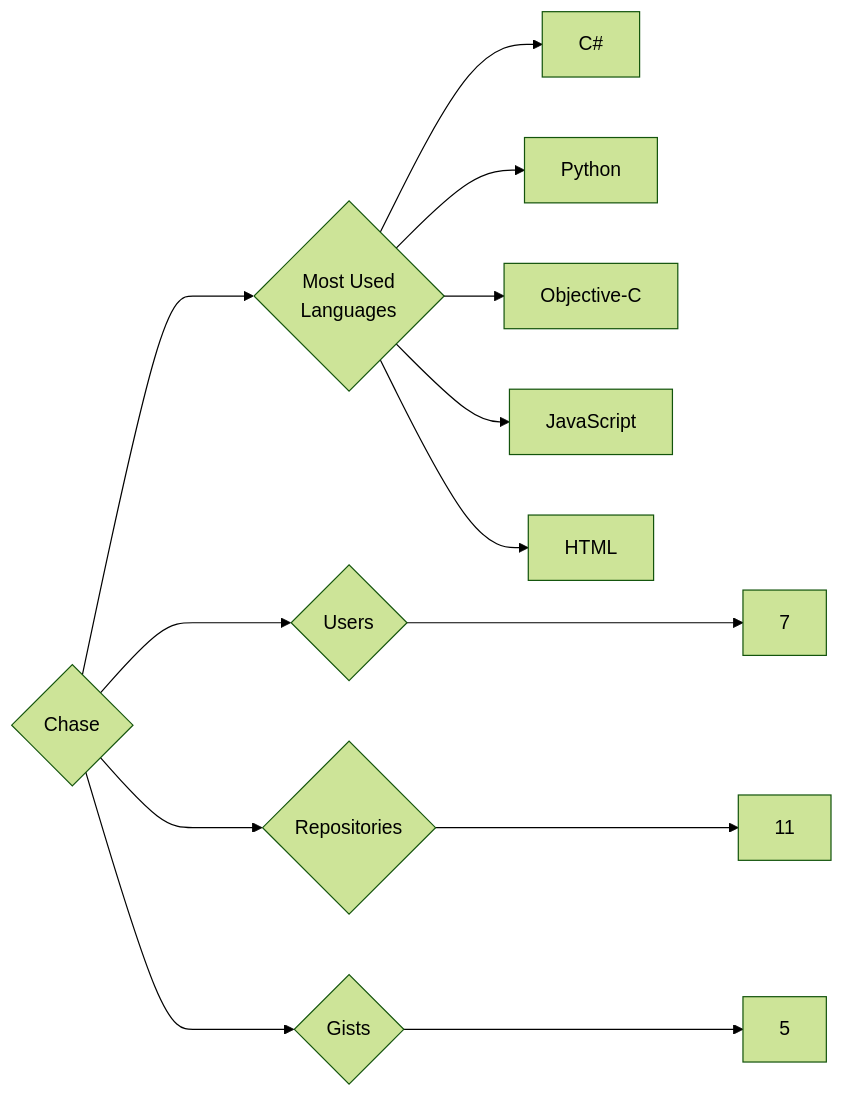
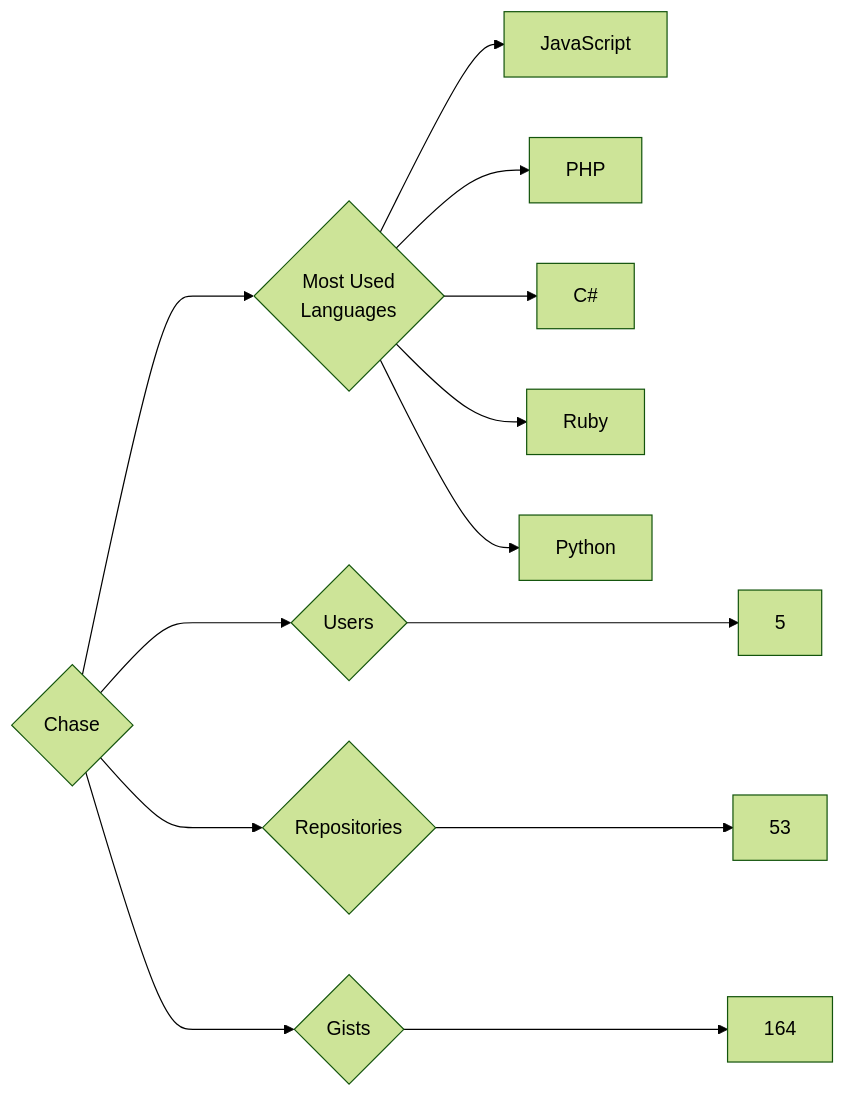
One commit to trickest/insiders changed the diagram in targets/Chase/README.md. Above: the diagram before and after it, drawn with Mermaid (forest theme). The commit also changed 1023 other files, not shown here.

````diff
--- a/targets/Chase/README.md
+++ b/targets/Chase/README.md
@@ -3,13 +3,13 @@
 ```mermaid
 graph LR
 COMPANY_NAME{Chase}
-COMPANY_NAME ---> U{Users} ---> UN[7]
-COMPANY_NAME ---> R{Repositories} ---> RN[11]
-COMPANY_NAME ---> G{Gists} ---> GN[5]
+COMPANY_NAME ---> U{Users} ---> UN[5]
+COMPANY_NAME ---> R{Repositories} ---> RN[53]
+COMPANY_NAME ---> G{Gists} ---> GN[164]
 COMPANY_NAME ---> ML{Most Used<br>Languages}
+ML --> JavaScript[JavaScript]
+ML --> PHP[PHP]
 ML --> C#[C#]
+ML --> Ruby[Ruby]
 ML --> Python[Python]
-ML --> Objective-C[Objective-C]
-ML --> JavaScript[JavaScript]
-ML --> HTML[HTML]
 ```
````
